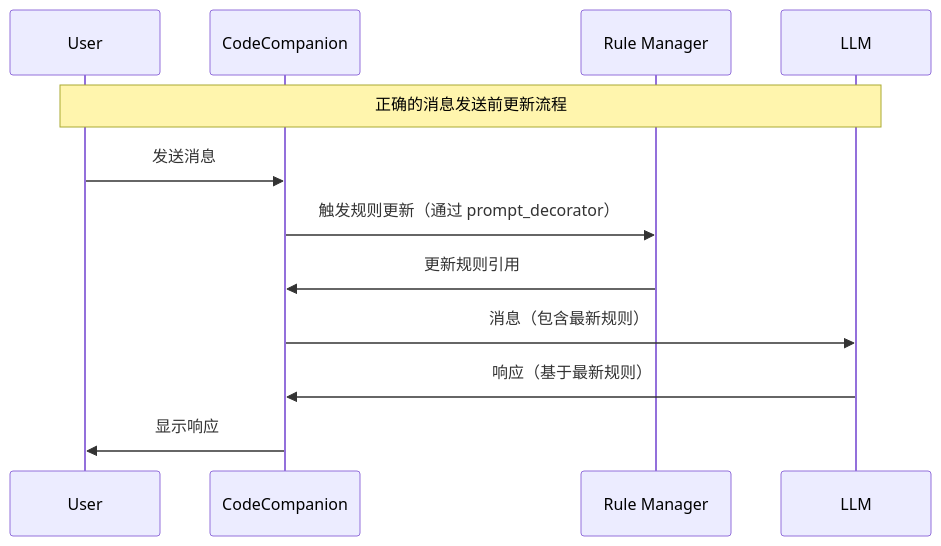
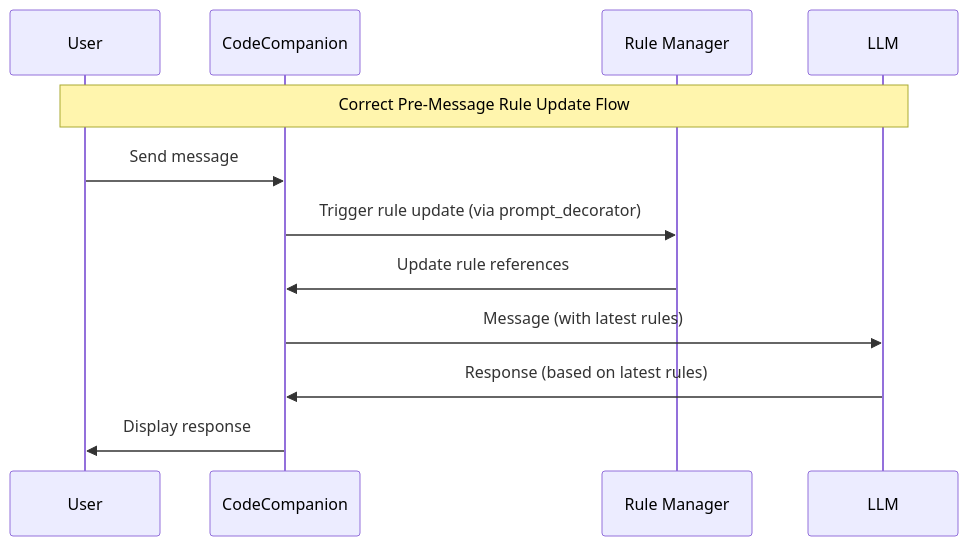
One commit to jinzhongjia/codecompanion-tools.nvim changed the diagram in README.md. Above: the diagram before and after it, drawn with Mermaid. The commit also changed other lines of this file, not shown here.

Commit message:
docs(README): update rule update flow and implementation advantages
- translate and enhance the documentation for the pre-message rule update flow
- improve clarity in the implementation advantages section with detailed descriptions
- ensure consistency in language and terminology throughout the README

````diff
--- a/README.md
+++ b/README.md
@@ -504,15 +504,15 @@
 ```mermaid
 sequenceDiagram
     participant U as User
     participant CC as CodeCompanion
     participant RT as Rule Manager
     participant LLM as LLM
 
-    Note over U,LLM: 正确的消息发送前更新流程
-    U->>CC: 发送消息
-    CC->>RT: 触发规则更新（通过 prompt_decorator）
-    RT->>CC: 更新规则引用
-    CC->>LLM: 消息（包含最新规则）
-    LLM->>CC: 响应（基于最新规则）
-    CC->>U: 显示响应
+    Note over U,LLM: Correct Pre-Message Rule Update Flow
+    U->>CC: Send message
+    CC->>RT: Trigger rule update (via prompt_decorator)
+    RT->>CC: Update rule references
+    CC->>LLM: Message (with latest rules)
+    LLM->>CC: Response (based on latest rules)
+    CC->>U: Display response
 ```
````
